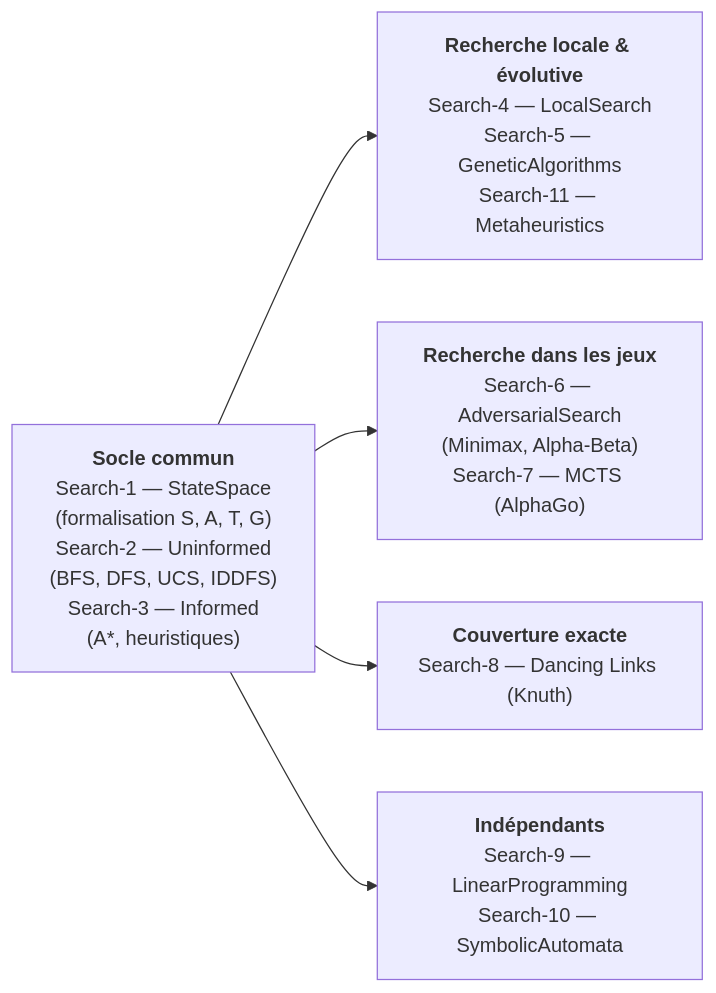
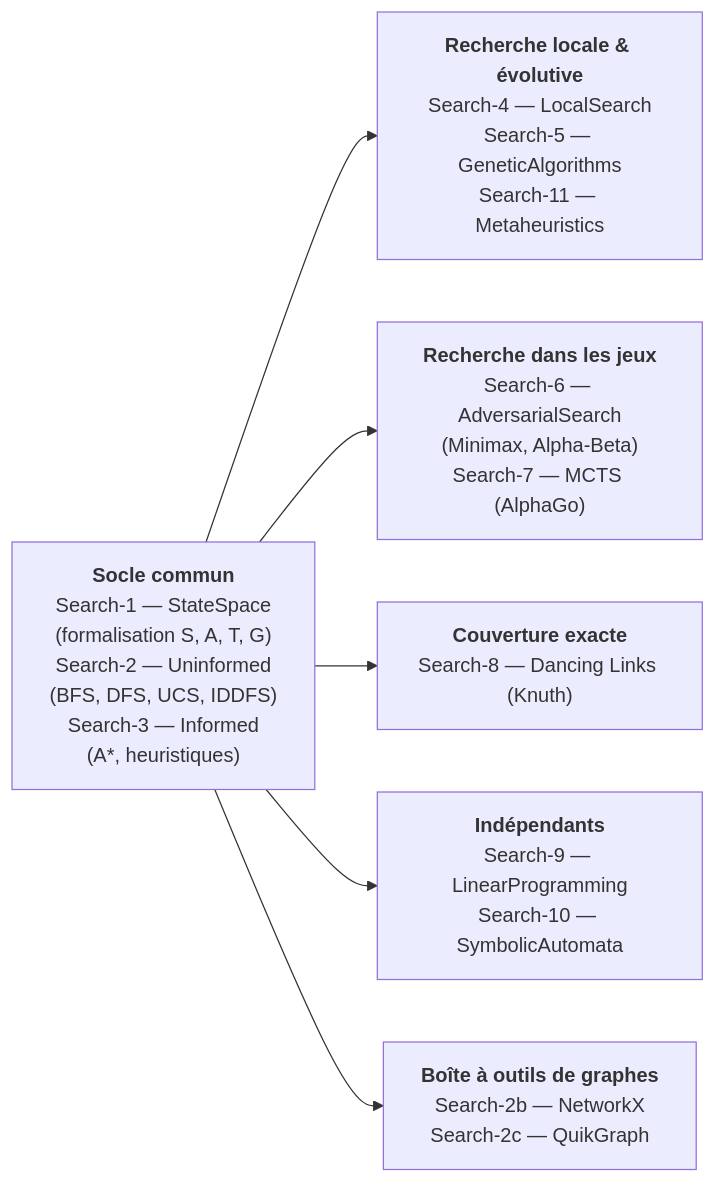
The diagram in MyIA.AI.Notebooks/Search/Part1-Foundations/README.md (jsboige/CoursIA), drawn with Mermaid before and after one commit. The commit also changed other lines of this file and 22 other files, not shown here.

First line of the commit message:
refactor(search): renumeroter les cahiers graphes 15/16 en 2b/2c rattaches a Search-2 (#13772)

````diff
--- a/MyIA.AI.Notebooks/Search/Part1-Foundations/README.md
+++ b/MyIA.AI.Notebooks/Search/Part1-Foundations/README.md
@@ -73,12 +74,14 @@
 ```mermaid
 flowchart LR
     SOCLE["<b>Socle commun</b><br/>Search-1 — StateSpace<br/>(formalisation S, A, T, G)<br/>Search-2 — Uninformed<br/>(BFS, DFS, UCS, IDDFS)<br/>Search-3 — Informed<br/>(A*, heuristiques)"]
     B1["<b>Recherche locale &amp; évolutive</b><br/>Search-4 — LocalSearch<br/>Search-5 — GeneticAlgorithms<br/>Search-11 — Metaheuristics"]
     B2["<b>Recherche dans les jeux</b><br/>Search-6 — AdversarialSearch<br/>(Minimax, Alpha-Beta)<br/>Search-7 — MCTS (AlphaGo)"]
     B3["<b>Couverture exacte</b><br/>Search-8 — Dancing Links (Knuth)"]
     B4["<b>Indépendants</b><br/>Search-9 — LinearProgramming<br/>Search-10 — SymbolicAutomata"]
+    B5["<b>Boîte à outils de graphes</b><br/>Search-2b — NetworkX<br/>Search-2c — QuikGraph"]
     SOCLE --> B1
     SOCLE --> B2
     SOCLE --> B3
     SOCLE --> B4
+    SOCLE --> B5
 ```
````
